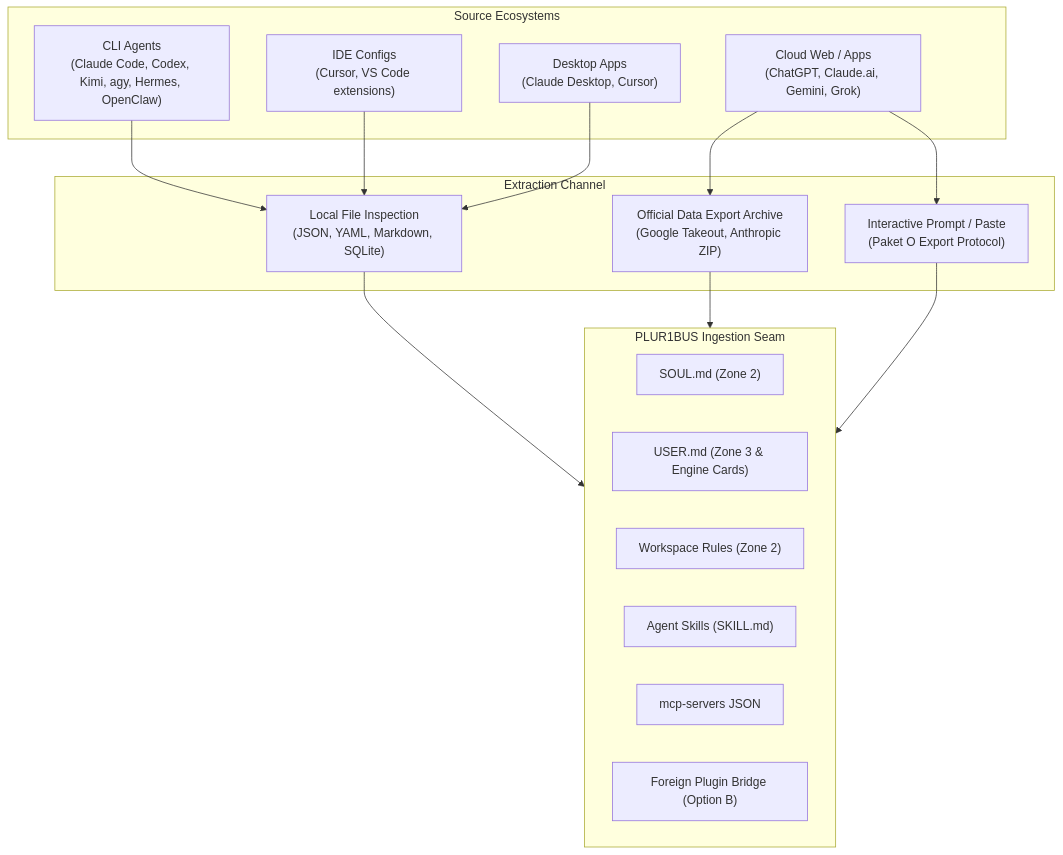
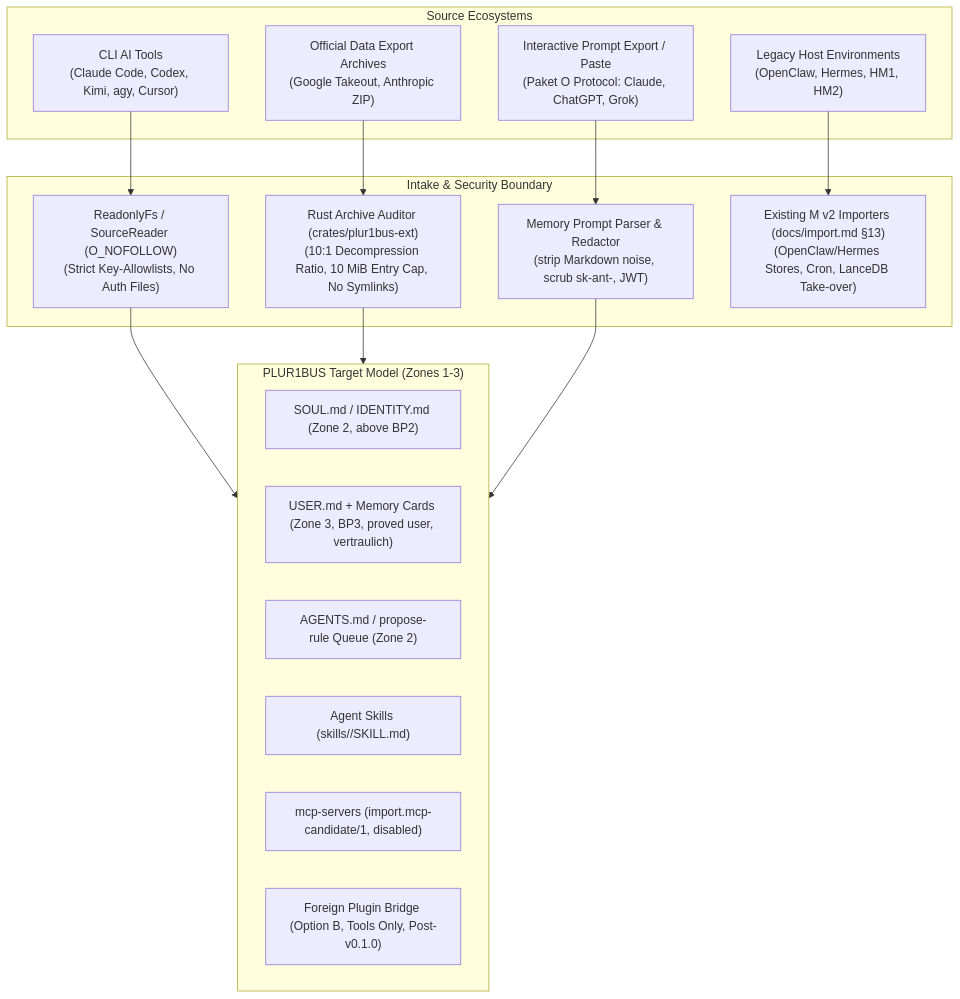
One commit to Cyb3rb1ade/PLUR1BUS-Harness changed the diagram in docs/research/2026-10-27-profile-and-extension-sources.md. Above: the diagram before and after it, drawn with Mermaid. The commit also changed other lines of this file and 6 other files, not shown here.

````diff
--- a/docs/research/2026-10-27-profile-and-extension-sources.md
+++ b/docs/research/2026-10-27-profile-and-extension-sources.md
@@ -206,34 +195,30 @@
 ```mermaid
 flowchart TD
     subgraph Sources["Source Ecosystems"]
-        CLI["CLI Agents\n(Claude Code, Codex, Kimi, agy, Hermes, OpenClaw)"]
-        IDE["IDE Configs\n(Cursor, VS Code extensions)"]
-        Desk["Desktop Apps\n(Claude Desktop, Cursor)"]
-        Cloud["Cloud Web / Apps\n(ChatGPT, Claude.ai, Gemini, Grok)"]
+        CLI["CLI AI Tools\n(Claude Code, Codex, Kimi, agy, Cursor)"]
+        Archives["Official Data Export Archives\n(Google Takeout, Anthropic ZIP)"]
+        Paste["Interactive Prompt Export / Paste\n(Paket O Protocol: Claude, ChatGPT, Grok)"]
+        Legacy["Legacy Host Environments\n(OpenClaw, Hermes, HM1, HM2)"]
     end
 
-    subgraph Extraction["Extraction Channel"]
-        FileRead["Local File Inspection\n(JSON, YAML, Markdown, SQLite)"]
-        ExportArchive["Official Data Export Archive\n(Google Takeout, Anthropic ZIP)"]
-        UserPaste["Interactive Prompt / Paste\n(Paket O Export Protocol)"]
+    subgraph Intake["Intake & Security Boundary"]
+        Readonly["ReadonlyFs / SourceReader (O_NOFOLLOW)\n(Strict Key-Allowlists, No Auth Files)"]
+        RustAudit["Rust Archive Auditor (crates/plur1bus-ext)\n(10:1 Decompression Ratio, 10 MiB Entry Cap, No Symlinks)"]
+        TextSanitize["Memory Prompt Parser & Redactor\n(strip Markdown noise, scrub sk-ant-, JWT)"]
+        LegacyImporter["Existing M v2 Importers (docs/import.md §13)\n(OpenClaw/Hermes Stores, Cron, LanceDB Take-over)"]
     end
 
-    subgraph Normalization["PLUR1BUS Ingestion Seam"]
-        Soul["SOUL.md (Zone 2)"]
-        User["USER.md (Zone 3 & Engine Cards)"]
-        Inst["Workspace Rules (Zone 2)"]
-        Skill["Agent Skills (SKILL.md)"]
-        MCP["mcp-servers JSON"]
-        Bridge["Foreign Plugin Bridge (Option B)"]
+    subgraph Normalization["PLUR1BUS Target Model (Zones 1-3)"]
+        Soul["SOUL.md / IDENTITY.md (Zone 2, above BP2)"]
+        User["USER.md + Memory Cards (Zone 3, BP3, proved user, vertraulich)"]
+        Rules["AGENTS.md / propose-rule Queue (Zone 2)"]
+        Skills["Agent Skills (skills/<id>/SKILL.md)"]
+        MCP["mcp-servers (import.mcp-candidate/1, disabled)"]
+        Bridge["Foreign Plugin Bridge (Option B, Tools Only, Post-v0.1.0)"]
     end
 
-    CLI --> FileRead
-    IDE --> FileRead
-    Desk --> FileRead
-    Cloud --> ExportArchive
-    Cloud --> UserPaste
-
-    FileRead --> Normalization
-    ExportArchive --> Normalization
-    UserPaste --> Normalization
+    CLI --> Readonly --> Normalization
+    Archives --> RustAudit --> Normalization
+    Paste --> TextSanitize --> Normalization
+    Legacy --> LegacyImporter
 ```
````
